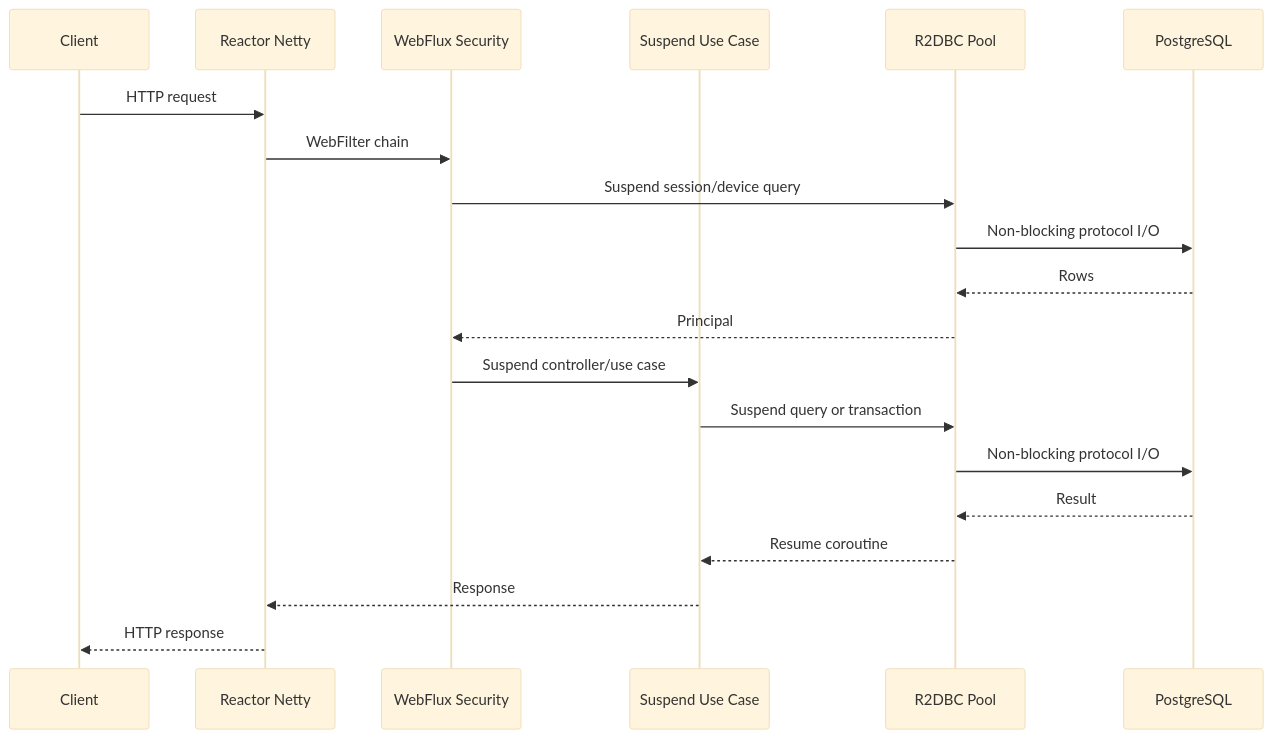
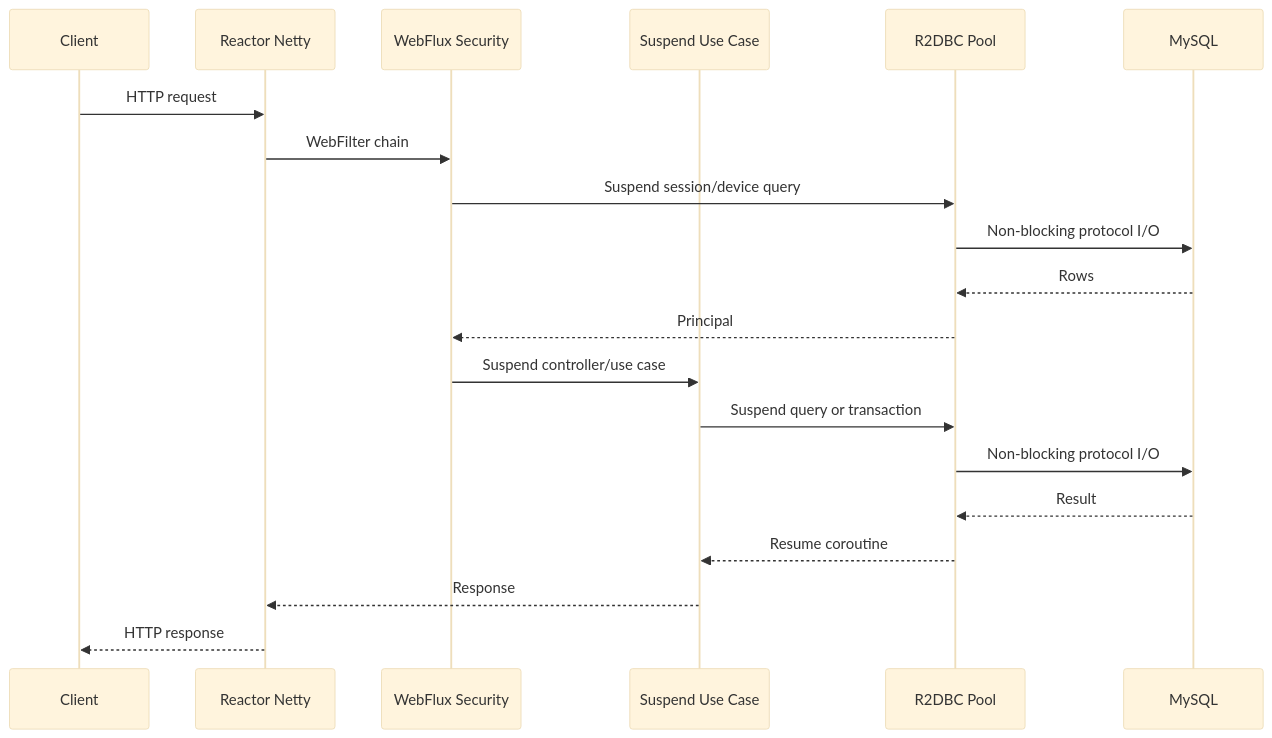
The diagram in docs/WEBFLUX_MIGRATION.md (ghkdqhrbals/buddy-studdy), drawn with Mermaid (base theme) before and after one commit. The commit also changed other lines of this file and 113 other files, not shown here.

````diff
--- a/docs/WEBFLUX_MIGRATION.md
+++ b/docs/WEBFLUX_MIGRATION.md
@@ -11,23 +11,23 @@
 ```mermaid
 sequenceDiagram
     participant C as Client
     participant N as Reactor Netty
     participant S as WebFlux Security
     participant A as Suspend Use Case
     participant R as R2DBC Pool
-    participant P as PostgreSQL
+    participant P as MySQL
 
     C->>N: HTTP request
     N->>S: WebFilter chain
     S->>R: Suspend session/device query
     R->>P: Non-blocking protocol I/O
     P-->>R: Rows
     R-->>S: Principal
     S->>A: Suspend controller/use case
     A->>R: Suspend query or transaction
     R->>P: Non-blocking protocol I/O
     P-->>R: Result
     R-->>A: Resume coroutine
     A-->>N: Response
     N-->>C: HTTP response
 ```
````
